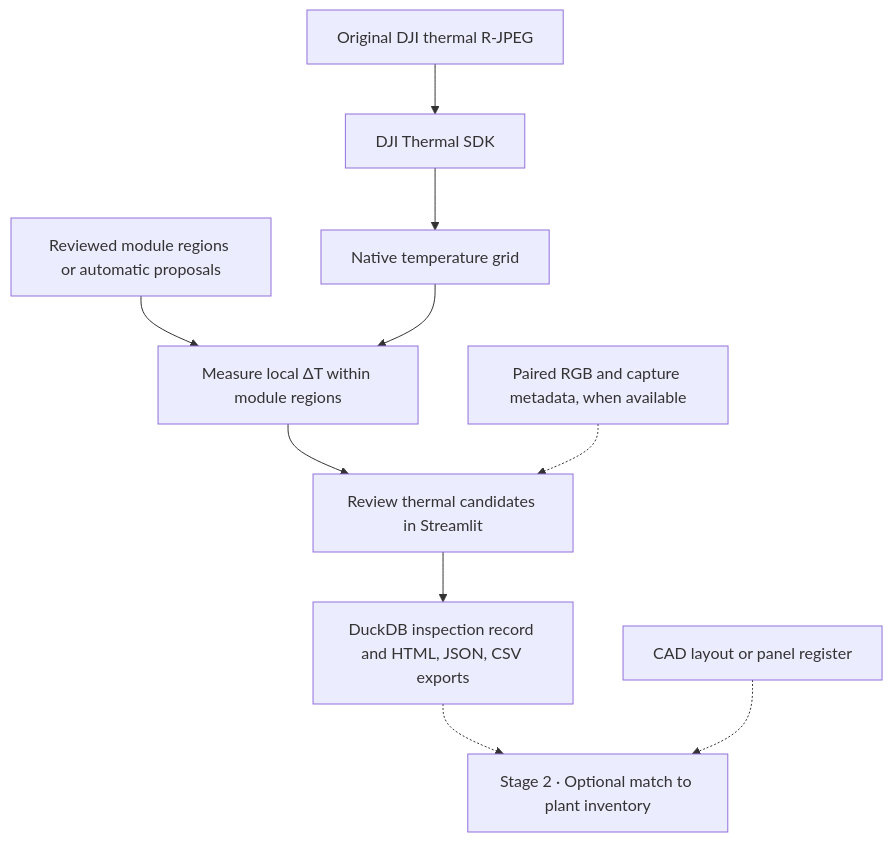
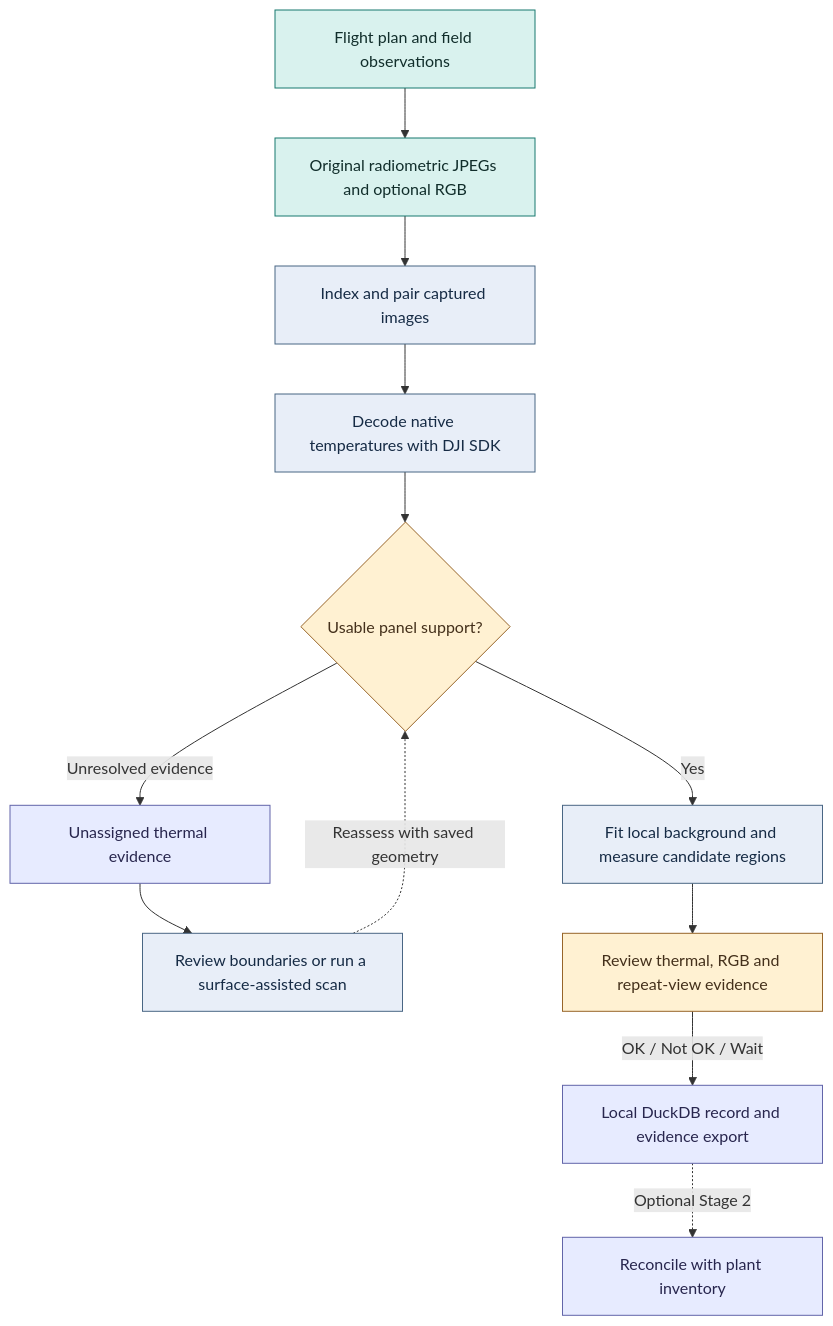
Before and after one commit to yusufzb/pvdelta: the diagram in README.md, drawn with Mermaid. The commit also changed other lines of this file and 19 other files, not shown here.

Commit message:
Redesign PV Delta documentation and field evidence showcase

````diff
--- a/README.md
+++ b/README.md
@@ -39,12 +17,22 @@
 ```mermaid
 flowchart TD
-    thermal["Original DJI thermal R-JPEG"] --> decode["DJI Thermal SDK"]
-    decode --> grid["Native temperature grid"]
-    regions["Reviewed module regions or automatic proposals"] --> measure["Measure local ΔT within module regions"]
-    grid --> measure
-    measure --> review["Review thermal candidates in Streamlit"]
-    rgb["Paired RGB and capture metadata, when available"] -.-> review
-    review --> export["DuckDB inspection record and HTML, JSON, CSV exports"]
-    export -.-> match["Stage 2 · Optional match to plant inventory"]
-    inventory["CAD layout or panel register"] -.-> match
+    flight["Flight plan and field observations"] --> photos["Original radiometric JPEGs and optional RGB"]
+    photos --> index["Index and pair captured images"]
+    index --> sdk["Decode native temperatures with DJI SDK"]
+    sdk --> eligible{"Usable panel support?"}
+    eligible -->|Yes| measure["Fit local background and measure candidate regions"]
+    eligible -->|Unresolved evidence| queue["Unassigned thermal evidence"]
+    queue --> surface["Review boundaries or run a surface-assisted scan"]
+    surface -.->|Reassess with saved geometry| eligible
+    measure --> review["Review thermal, RGB and repeat-view evidence"]
+    review -->|OK / Not OK / Wait| store["Local DuckDB record and evidence export"]
+    store -.->|Optional Stage 2| registry["Reconcile with plant inventory"]
+    class flight,photos input
+    class index,sdk,measure,surface process
+    class eligible,review decision
+    class queue,store,registry output
+    classDef input fill:#d9f2ee,stroke:#17786e,color:#112e2b
+    classDef process fill:#e8eef8,stroke:#496684,color:#162b45
+    classDef decision fill:#fff1d2,stroke:#976529,color:#44301b
+    classDef output fill:#e7ebff,stroke:#6265a9,color:#28264e
 ```
````
